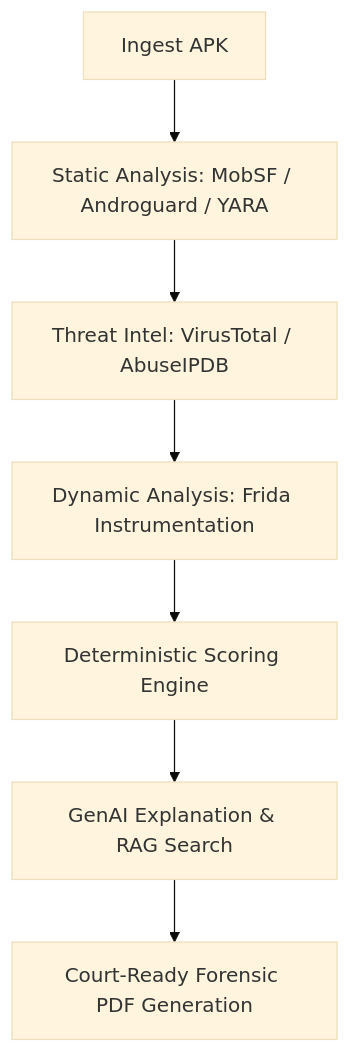
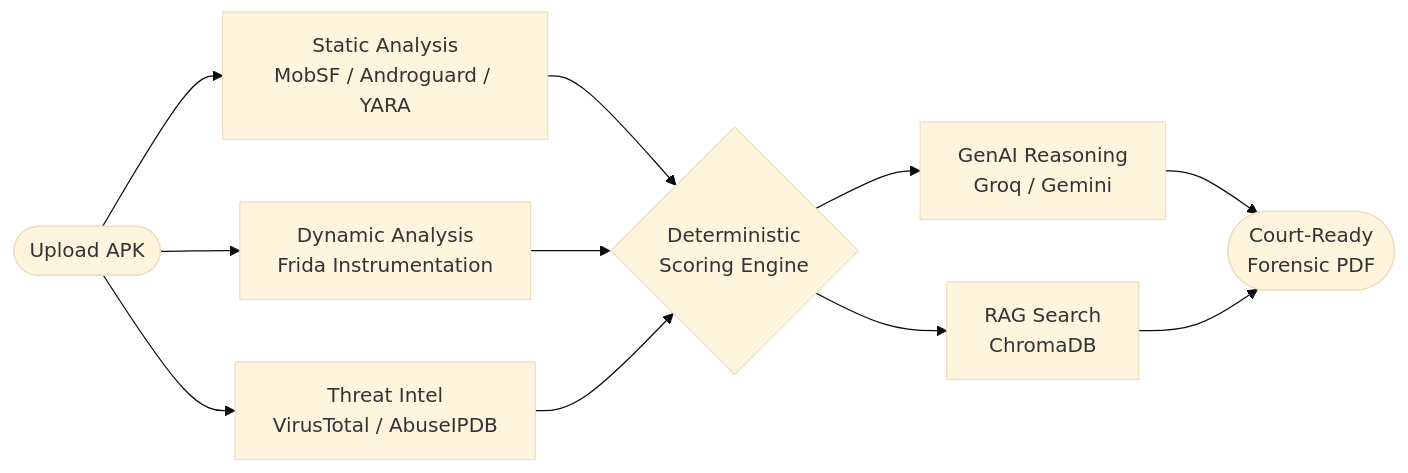
The diagram in README.md (rizzzabh-06/SecureX), drawn with Mermaid (base theme) before and after one commit. The commit also changed other lines of this file, not shown here.

Commit message:
docs: update README to clarify static analysis tools and enhance feature descriptions

````diff
--- a/README.md
+++ b/README.md
@@ -19,9 +19,16 @@
 ```mermaid
-graph TD
-    A[Ingest APK] --> B[Static Analysis: MobSF / Androguard / YARA]
-    B --> C[Threat Intel: VirusTotal / AbuseIPDB]
-    C --> D[Dynamic Analysis: Frida Instrumentation]
-    D --> E[Deterministic Scoring Engine]
-    E --> F[GenAI Explanation & RAG Search]
-    F --> G[Court-Ready Forensic PDF Generation]
+graph LR
+    A([Upload APK]) --> B[Static Analysis<br>MobSF / Androguard / YARA]
+    A --> C[Dynamic Analysis<br>Frida Instrumentation]
+    A --> D[Threat Intel<br>VirusTotal / AbuseIPDB]
+
+    B --> E{Deterministic<br>Scoring Engine}
+    C --> E
+    D --> E
+
+    E --> F[GenAI Reasoning<br>Groq / Gemini]
+    E --> G[RAG Search<br>ChromaDB]
+
+    F --> H([Court-Ready<br>Forensic PDF])
+    G --> H
 ```
````
